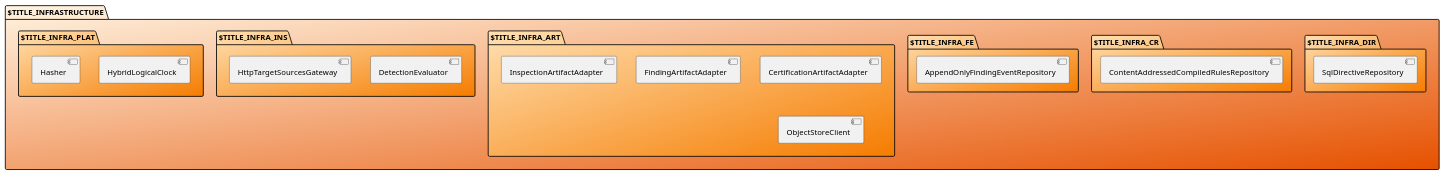
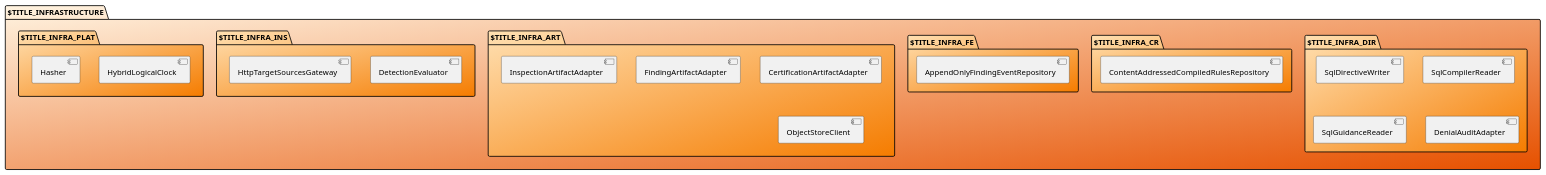
The diagram in docs/package/common/pkg_section_infrastructure.puml (salimnamvar/selma), drawn with PlantUML before and after one commit. The commit also changed 13 other files, not shown here.

```diff
--- a/docs/package/common/pkg_section_infrastructure.puml
+++ b/docs/package/common/pkg_section_infrastructure.puml
@@ -1,47 +1,50 @@
 ' ============================================================
 ' Section: INFRASTRUCTURE (C4: *_repository / *_gateway)
 ' Aliases: INFRASTRUCTURE, INFRA_*, SQL_DIR, CAS_CR, EVT_REPO, …
 ' ============================================================
 
 package "$TITLE_INFRASTRUCTURE" as INFRASTRUCTURE #FFF3E0/E65100 {
 
   package "$TITLE_INFRA_DIR" as INFRA_DIR #FFE0B2/F57C00 {
-    [SqlDirectiveRepository] as SQL_DIR
+    [SqlDirectiveWriter] as SQL_DIR
+    [SqlCompilerReader] as SQL_CR_R
+    [SqlGuidanceReader] as SQL_GUIDE
+    [DenialAuditAdapter] as DENY_ADAPT
   }
 
   package "$TITLE_INFRA_CR" as INFRA_CR #FFE0B2/F57C00 {
     [ContentAddressedCompiledRulesRepository] as CAS_CR
   }
 
   package "$TITLE_INFRA_FE" as INFRA_FE #FFE0B2/F57C00 {
     [AppendOnlyFindingEventRepository] as EVT_REPO
   }
 
   package "$TITLE_INFRA_ART" as INFRA_ART #FFE0B2/F57C00 {
     together {
       [ObjectStoreClient] as OBJ_CLI
       [InspectionArtifactAdapter] as ART_INS
       [FindingArtifactAdapter] as ART_FIND
       [CertificationArtifactAdapter] as ART_CERT
     }
     ART_INS -[hidden]right- ART_FIND
     ART_FIND -[hidden]right- ART_CERT
     ART_CERT -[hidden]down- OBJ_CLI
   }
 
   package "$TITLE_INFRA_INS" as INFRA_INS #FFE0B2/F57C00 {
     together {
       [HttpTargetSourcesGateway] as TGT_GW
       [DetectionEvaluator] as DET_EVAL
     }
     TGT_GW -[hidden]right- DET_EVAL
   }
 
   package "$TITLE_INFRA_PLAT" as INFRA_PLAT #FFE0B2/F57C00 {
     together {
       [Hasher] as PLAT_HASH
       [HybridLogicalClock] as PLAT_HLC
     }
     PLAT_HASH -[hidden]right- PLAT_HLC
   }
 }
```
